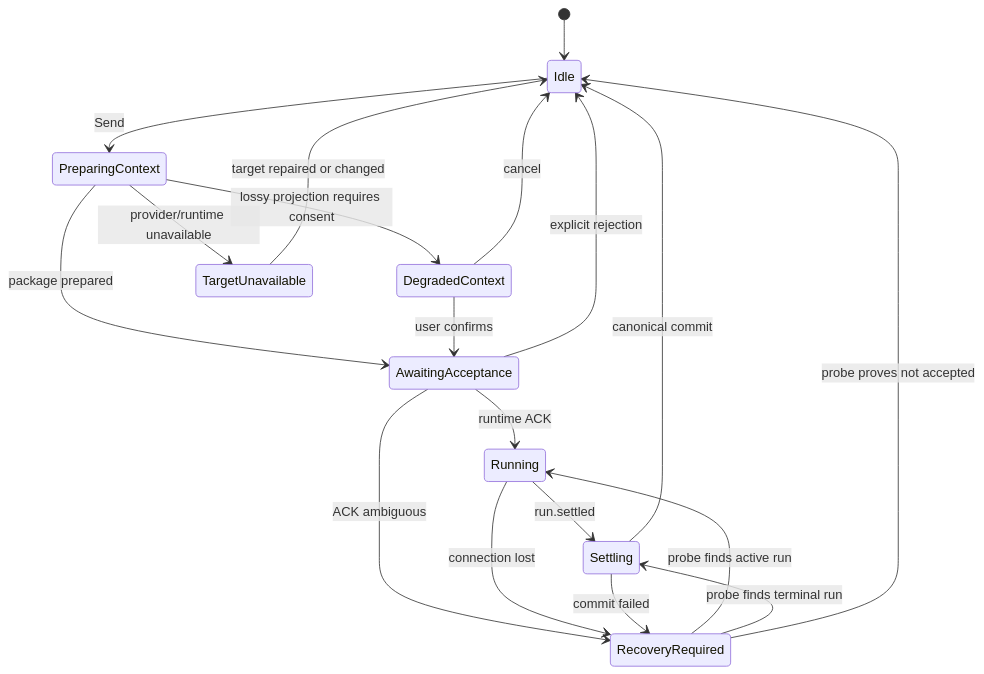
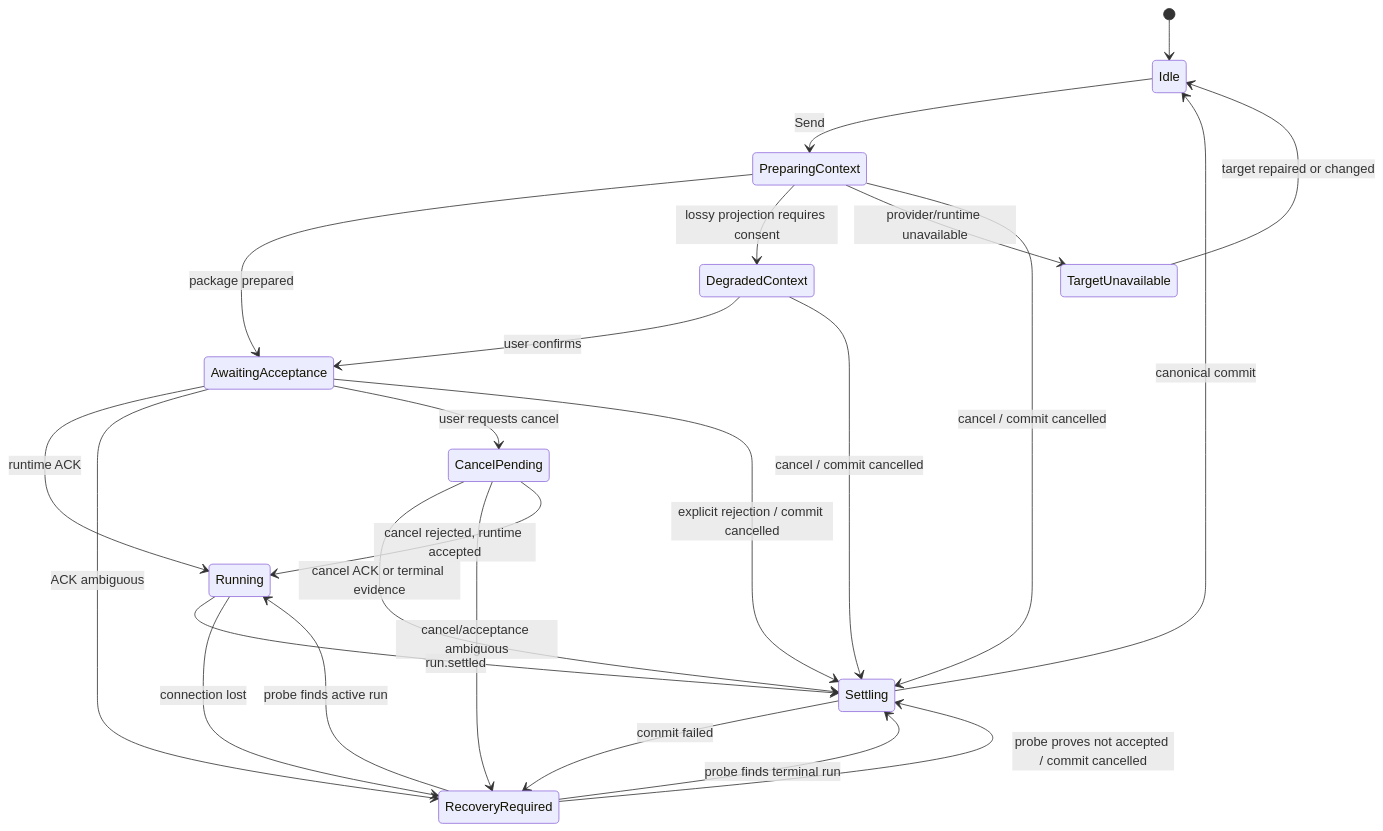
The diagram in docs/research/mossx-multi-cli-provider-session-foundation-design.md (Link-Start/desktop-cc-gui_zhukunpenglinyutong), drawn with Mermaid before and after one commit. The commit also changed other lines of this file and 4 other files, not shown here.

````diff
--- a/docs/research/mossx-multi-cli-provider-session-foundation-design.md
+++ b/docs/research/mossx-multi-cli-provider-session-foundation-design.md
@@ -2077,21 +2306,26 @@
 ```mermaid
 stateDiagram-v2
     [*] --> Idle
     Idle --> PreparingContext: Send
     PreparingContext --> AwaitingAcceptance: package prepared
     PreparingContext --> DegradedContext: lossy projection requires consent
     PreparingContext --> TargetUnavailable: provider/runtime unavailable
+    PreparingContext --> Settling: cancel / commit cancelled
     DegradedContext --> AwaitingAcceptance: user confirms
-    DegradedContext --> Idle: cancel
+    DegradedContext --> Settling: cancel / commit cancelled
     AwaitingAcceptance --> Running: runtime ACK
     AwaitingAcceptance --> RecoveryRequired: ACK ambiguous
-    AwaitingAcceptance --> Idle: explicit rejection
+    AwaitingAcceptance --> CancelPending: user requests cancel
+    AwaitingAcceptance --> Settling: explicit rejection / commit cancelled
+    CancelPending --> Settling: cancel ACK or terminal evidence
+    CancelPending --> RecoveryRequired: cancel/acceptance ambiguous
+    CancelPending --> Running: cancel rejected, runtime accepted
     Running --> Settling: run.settled
     Running --> RecoveryRequired: connection lost
     Settling --> Idle: canonical commit
     Settling --> RecoveryRequired: commit failed
     TargetUnavailable --> Idle: target repaired or changed
     RecoveryRequired --> Running: probe finds active run
     RecoveryRequired --> Settling: probe finds terminal run
-    RecoveryRequired --> Idle: probe proves not accepted
+    RecoveryRequired --> Settling: probe proves not accepted / commit cancelled
 ```
````
